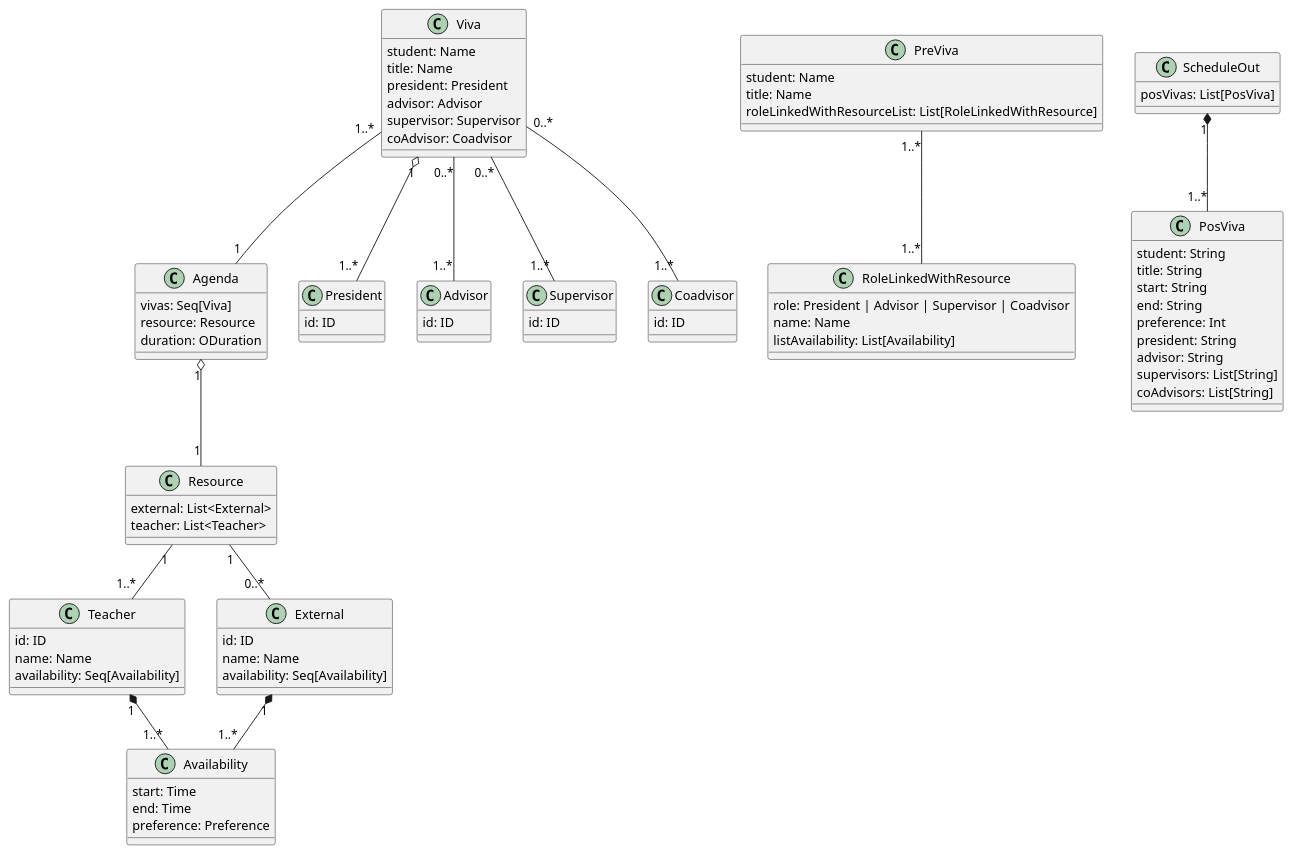
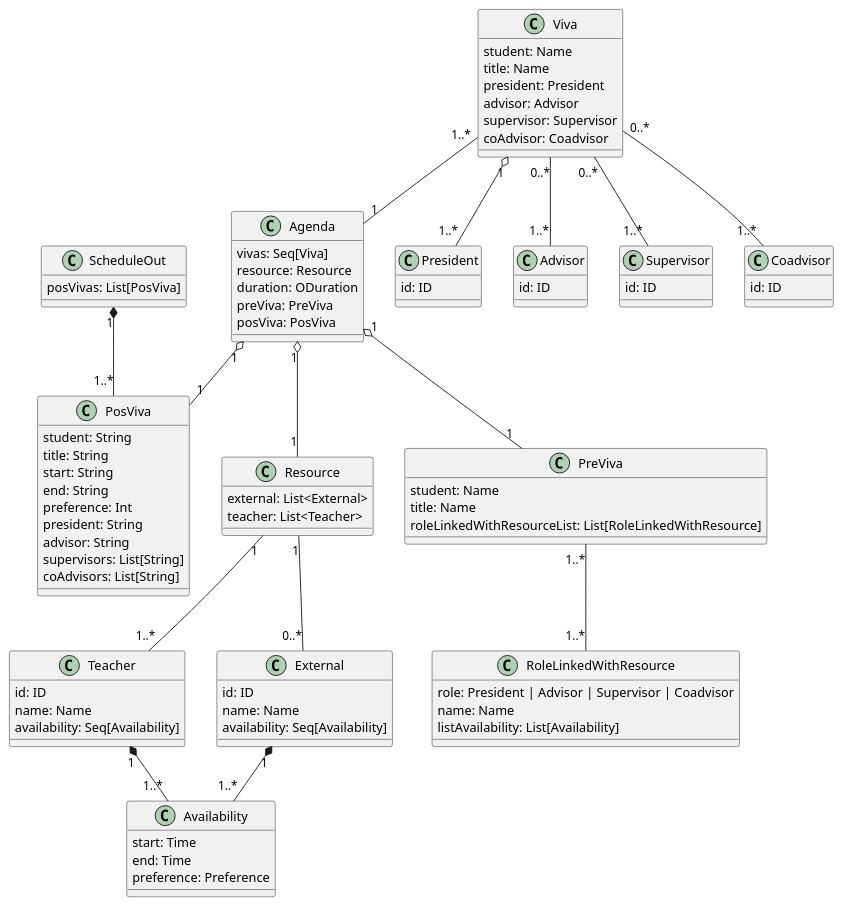
Before and after one commit to TomasRiby/TAP_Proj_2024: the diagram in assets/domain.puml, drawn with PlantUML. The commit also changed 2 other files, not shown here.

```diff
--- a/assets/domain.puml
+++ b/assets/domain.puml
@@ -1,98 +1,102 @@
 @startuml
 
 class Teacher {
   id: ID
   name: Name
   availability: Seq[Availability]
 }
 
 class Availability {
   start: Time
   end: Time
   preference: Preference
 }
 
 class Resource {
   external: List<External>
   teacher: List<Teacher>
 }
 
 class External {
   id: ID
   name: Name
   availability: Seq[Availability]
 }
 
 class Agenda {
   vivas: Seq[Viva]
   resource: Resource
   duration: ODuration
+  preViva: PreViva
+  posViva: PosViva
 }
 
 class Viva {
   student: Name
   title: Name
   president: President
   advisor: Advisor
   supervisor: Supervisor
   coAdvisor: Coadvisor
 }
 
 class President {
   id: ID
 }
 
 class Advisor {
   id: ID
 }
 
 class Supervisor {
   id: ID
 }
 
 class Coadvisor {
   id: ID
 }
 
 class RoleLinkedWithResource {
   role: President | Advisor | Supervisor | Coadvisor
   name: Name
   listAvailability: List[Availability]
 }
 
 class PreViva {
   student: Name
   title: Name
   roleLinkedWithResourceList: List[RoleLinkedWithResource]
 }
 
 class PosViva {
   student: String
   title: String
   start: String
   end: String
   preference: Int
   president: String
   advisor: String
   supervisors: List[String]
   coAdvisors: List[String]
 }
 
 class ScheduleOut {
   posVivas: List[PosViva]
 }
 
 Teacher "1" *-- "1..*" Availability
 External "1" *-- "1..*" Availability
 Resource "1" -- "0..*" External
 Resource "1" -- "1..*" Teacher
 Agenda "1" o-- "1" Resource
 Viva "1..*" -- "1" Agenda
 Viva "1" o-- "1..*" President
 Viva "0..*" -- "1..*" Advisor
 Viva "0..*" -- "1..*" Supervisor
 Viva "0..*" -- "1..*" Coadvisor
 PreViva "1..*" -- "1..*" RoleLinkedWithResource
 ScheduleOut "1" *-- "1..*" PosViva
+Agenda "1" o-- "1" PreViva
+Agenda "1" o-- "1" PosViva
 
 @enduml
```
